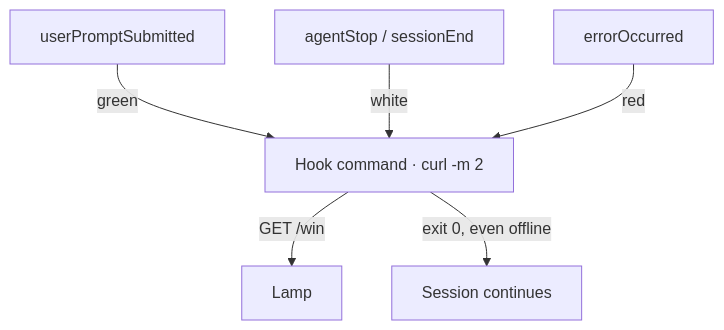
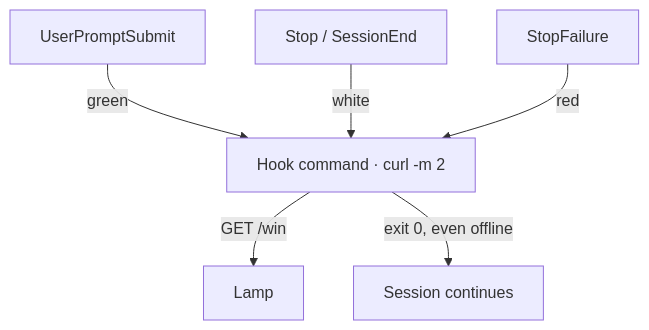
One commit to ragmha/raghib.io changed the diagram in src/content/writing/a-status-light-reports-work.mdx. Above: the diagram before and after it, drawn with Mermaid. The commit also changed other lines of this file, not shown here.

````diff
--- a/src/content/writing/a-status-light-reports-work.mdx
+++ b/src/content/writing/a-status-light-reports-work.mdx
@@ -62,10 +61,10 @@
 ```mermaid
 flowchart TD
     accTitle: Hook events behind a status light
     accDescr: Prompt, turn-end, session-end, and error events each run a hook command. The command sends one request to the lamp, and exits cleanly even when the lamp is unreachable, so the session continues.
-    prompt["userPromptSubmitted"] -->|green| hook["Hook command · curl -m 2"]
-    stop["agentStop / sessionEnd"] -->|white| hook
-    failed["errorOccurred"] -->|red| hook
+    prompt["UserPromptSubmit"] -->|green| hook["Hook command · curl -m 2"]
+    stop["Stop / SessionEnd"] -->|white| hook
+    failed["StopFailure"] -->|red| hook
     hook -->|GET /win| lamp["Lamp"]
     hook -->|exit 0, even offline| work["Session continues"]
 ```
````
